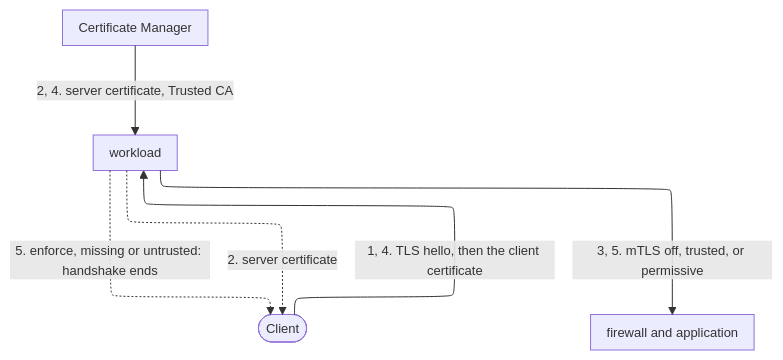
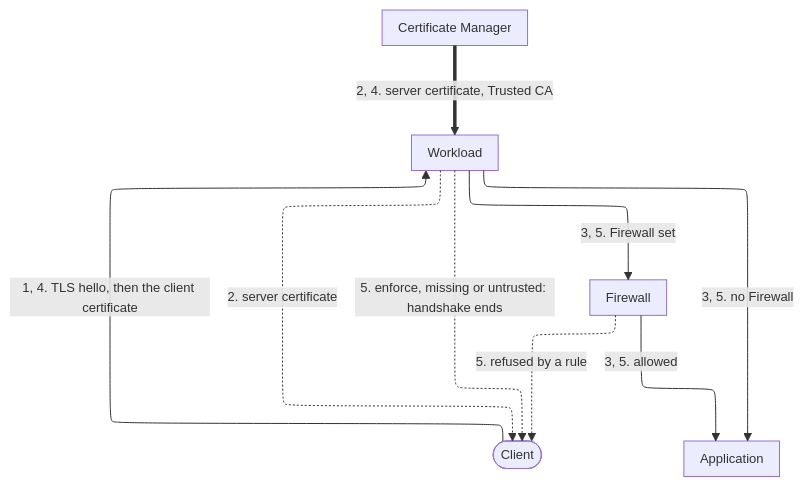
One commit to aziontech/docs changed the third of 5 diagrams in apps/docs/src/content/docs/en/pages/secure/workloads/how-it-works.mdx. Above: the diagram before and after it, drawn with Mermaid. The commit also changed other lines of this file and 1 other file, not shown here.

````diff
--- a/apps/docs/src/content/docs/en/pages/secure/workloads/how-it-works.mdx
+++ b/apps/docs/src/content/docs/en/pages/secure/workloads/how-it-works.mdx
@@ -200,13 +210,17 @@
 ```mermaid
 %%{init: {"layout": "elk", "elk": {"cycleBreakingStrategy": "MODEL_ORDER"}, "themeVariables": {"fontSize": "13px"}, "flowchart": {"nodeSpacing": 24, "rankSpacing": 36, "padding": 8, "wrappingWidth": 150, "useMaxWidth": true}, "sequence": {"width": 120, "actorMargin": 30, "useMaxWidth": true}}}%%
 flowchart TD
   Client(["Client"])
-  WL["workload"]
+  WL["Workload"]
   CM["Certificate Manager"]
-  FW["firewall and application"]
+  FW["Firewall"]
+  App["Application"]
   Client -->|"1, 4. TLS hello, then the client certificate"| WL
-  CM -->|"2, 4. server certificate, Trusted CA"| WL
+  CM ==>|"2, 4. server certificate, Trusted CA"| WL
   WL -.->|"2. server certificate"| Client
   WL -.->|"5. enforce, missing or untrusted: handshake ends"| Client
-  WL -->|"3, 5. mTLS off, trusted, or permissive"| FW
+  WL -->|"3, 5. Firewall set"| FW
+  WL -->|"3, 5. no Firewall"| App
+  FW -->|"3, 5. allowed"| App
+  FW -.->|"5. refused by a rule"| Client
 ```
````
